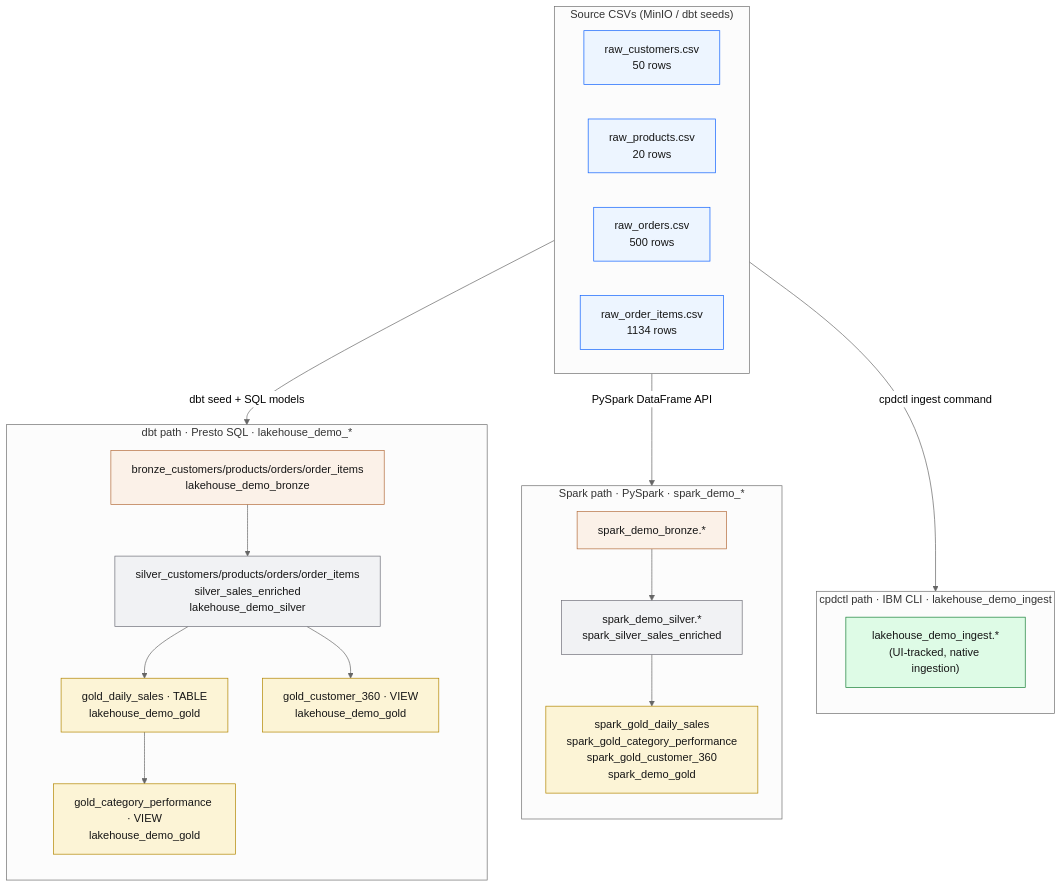
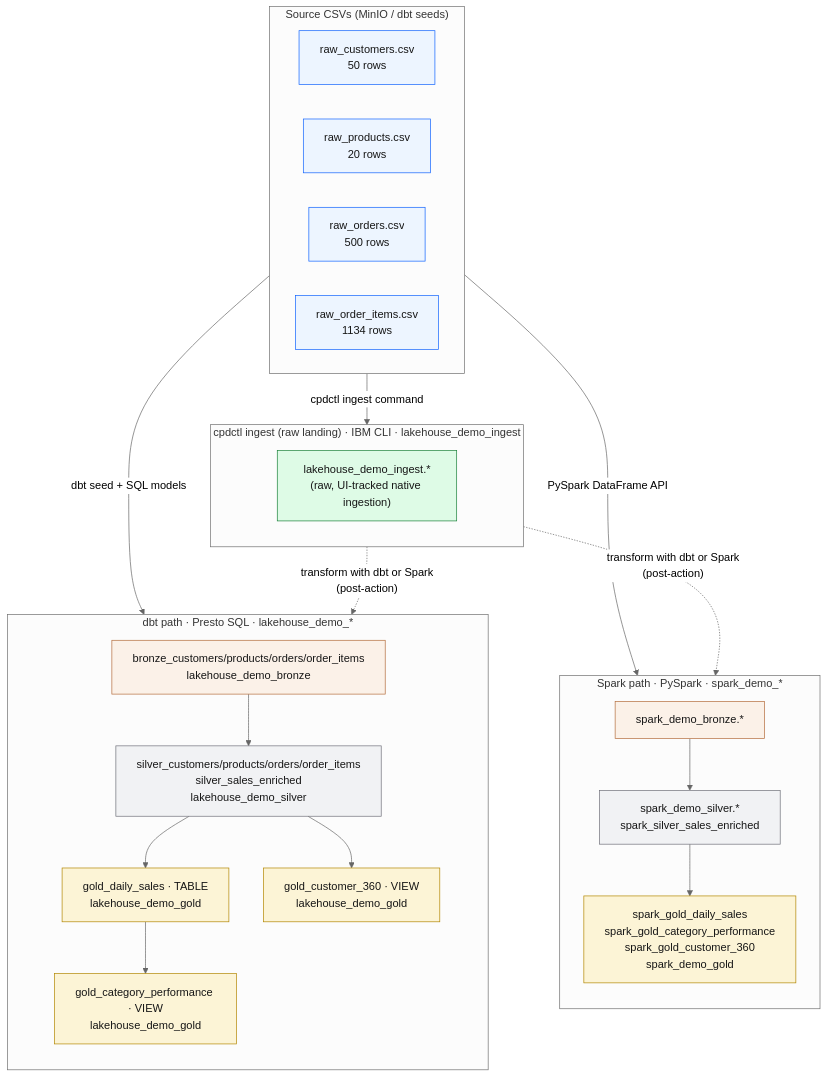
The second of 5 diagrams in docs/lineage.md (aseelert/ibmas-watsonxdata-dbt), drawn with Mermaid (neutral theme) before and after one commit. The commit also changed other lines of this file and 12 other files, not shown here.

First line of the commit message:
docs: reframe cpdctl as ingest-only loader, fix conceptual model + aged statements

````diff
--- a/docs/lineage.md
+++ b/docs/lineage.md
@@ -118,45 +120,47 @@
 ```mermaid
 flowchart TB
   classDef csv    fill:#edf5ff,stroke:#0f62fe,color:#161616;
   classDef tool   fill:#f6f2ff,stroke:#6929c4,color:#161616;
   classDef bronze fill:#fbf1e8,stroke:#b46d3c,color:#161616;
   classDef silver fill:#f1f2f4,stroke:#6f7079,color:#161616;
   classDef gold   fill:#fcf4d6,stroke:#b28600,color:#161616;
   classDef ingest fill:#defbe6,stroke:#198038,color:#161616;
 
   subgraph SRC["Source CSVs (MinIO / dbt seeds)"]
     direction LR
     c0["raw_customers.csv\n50 rows"]:::csv
     p0["raw_products.csv\n20 rows"]:::csv
     o0["raw_orders.csv\n500 rows"]:::csv
     i0["raw_order_items.csv\n1134 rows"]:::csv
   end
 
   subgraph DBT["dbt path · Presto SQL · lakehouse_demo_*"]
     direction TB
     db["bronze_customers/products/orders/order_items\nlakehouse_demo_bronze"]:::bronze
     ds["silver_customers/products/orders/order_items\nsilver_sales_enriched\nlakehouse_demo_silver"]:::silver
     dg1["gold_daily_sales · TABLE\nlakehouse_demo_gold"]:::gold
     dg2["gold_category_performance · VIEW\nlakehouse_demo_gold"]:::gold
     dg3["gold_customer_360 · VIEW\nlakehouse_demo_gold"]:::gold
     db --> ds --> dg1 --> dg2
     ds --> dg3
   end
 
   subgraph SPARK["Spark path · PySpark · spark_demo_*"]
     direction TB
     sb["spark_demo_bronze.*"]:::bronze
     ss["spark_demo_silver.*\nspark_silver_sales_enriched"]:::silver
     sg["spark_gold_daily_sales\nspark_gold_category_performance\nspark_gold_customer_360\nspark_demo_gold"]:::gold
     sb --> ss --> sg
   end
 
-  subgraph CPDCTL["cpdctl path · IBM CLI · lakehouse_demo_ingest"]
+  subgraph CPDCTL["cpdctl ingest (raw landing) · IBM CLI · lakehouse_demo_ingest"]
     direction TB
-    ci["lakehouse_demo_ingest.*\n(UI-tracked, native ingestion)"]:::ingest
+    ci["lakehouse_demo_ingest.*\n(raw, UI-tracked native ingestion)"]:::ingest
   end
 
   SRC -->|dbt seed + SQL models| DBT
   SRC -->|PySpark DataFrame API| SPARK
   SRC -->|cpdctl ingest command| CPDCTL
+  ci -. "transform with dbt or Spark\n(post-action)" .-> DBT
+  ci -. "transform with dbt or Spark\n(post-action)" .-> SPARK
 ```
````
